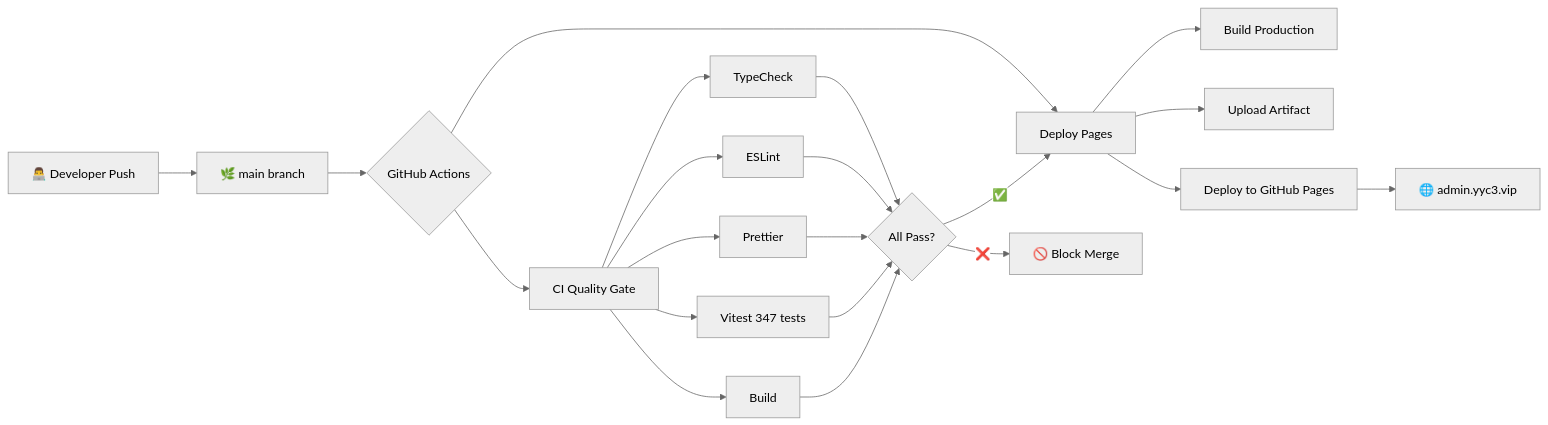
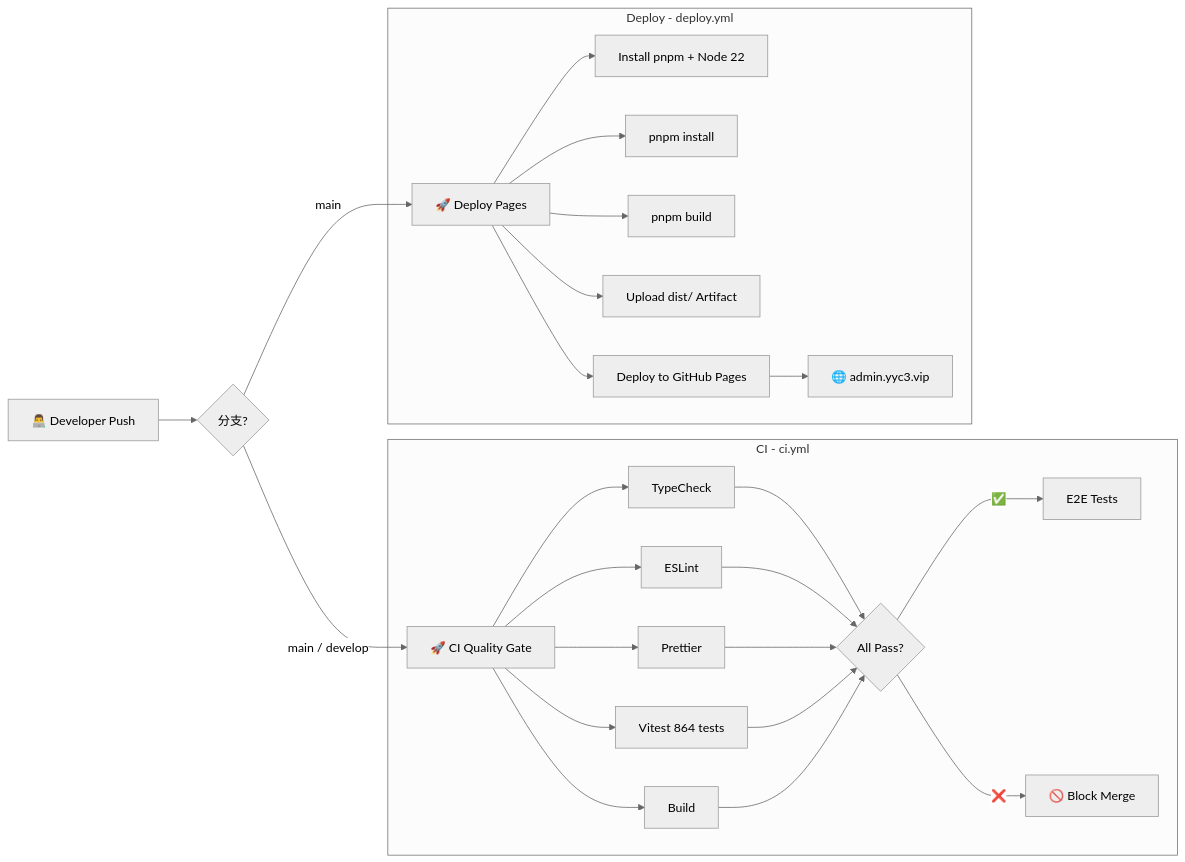
The second of 3 diagrams in README.md (YYC-Cube/YYC3-Administration), drawn with Mermaid (neutral theme) before and after one commit. The commit also changed other lines of this file and 4 other files, not shown here.

````diff
--- a/README.md
+++ b/README.md
@@ -209,19 +209,26 @@
 ```mermaid
 flowchart LR
-  A[👨‍💻 Developer Push] --> B[🌿 main branch]
-  B --> C{GitHub Actions}
-  C --> D[CI Quality Gate]
-  C --> E[Deploy Pages]
-  D --> D1[TypeCheck]
-  D --> D2[ESLint]
-  D --> D3[Prettier]
-  D --> D4[Vitest 347 tests]
-  D --> D5[Build]
-  D1 & D2 & D3 & D4 & D5 --> F{All Pass?}
-  F -->|✅| E
-  F -->|❌| G[🚫 Block Merge]
-  E --> E1[Build Production]
-  E --> E2[Upload Artifact]
-  E --> E3[Deploy to GitHub Pages]
-  E3 --> H[🌐 admin.yyc3.vip]
+  A[👨‍💻 Developer Push] --> B{分支?}
+  B -->|main / develop| C[🚀 CI Quality Gate]
+  B -->|main| D[🚀 Deploy Pages]
+
+  subgraph CI[CI - ci.yml]
+    C --> Q1[TypeCheck]
+    C --> Q2[ESLint]
+    C --> Q3[Prettier]
+    C --> Q4[Vitest 864 tests]
+    C --> Q5[Build]
+    Q1 & Q2 & Q3 & Q4 & Q5 --> F{All Pass?}
+    F -->|✅| E2E[E2E Tests]
+    F -->|❌| G[🚫 Block Merge]
+  end
+
+  subgraph Deploy[Deploy - deploy.yml]
+    D --> D1[Install pnpm + Node 22]
+    D --> D2[pnpm install]
+    D --> D3[pnpm build]
+    D --> D4[Upload dist/ Artifact]
+    D --> D5[Deploy to GitHub Pages]
+    D5 --> H[🌐 admin.yyc3.vip]
+  end
 ```
````
